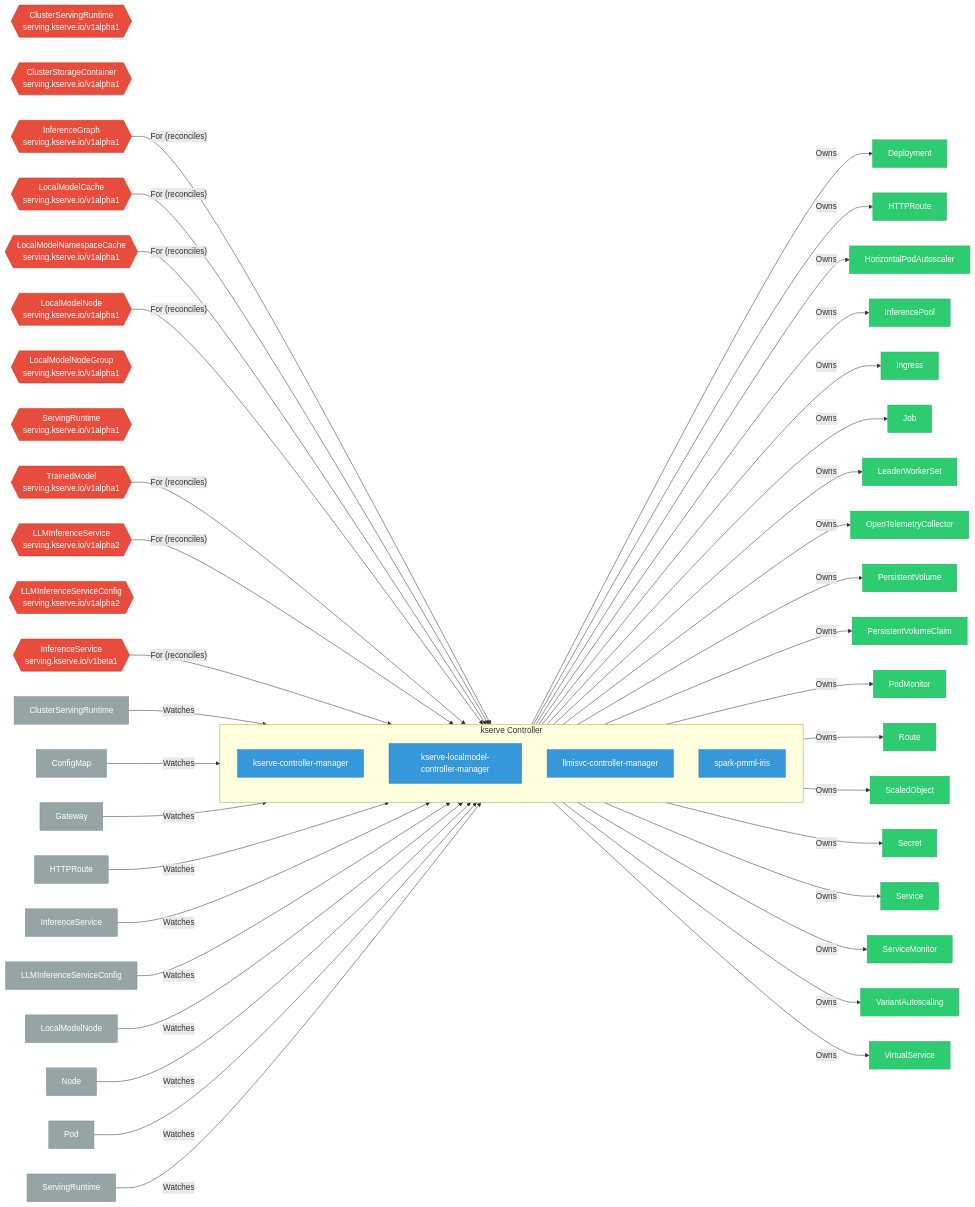
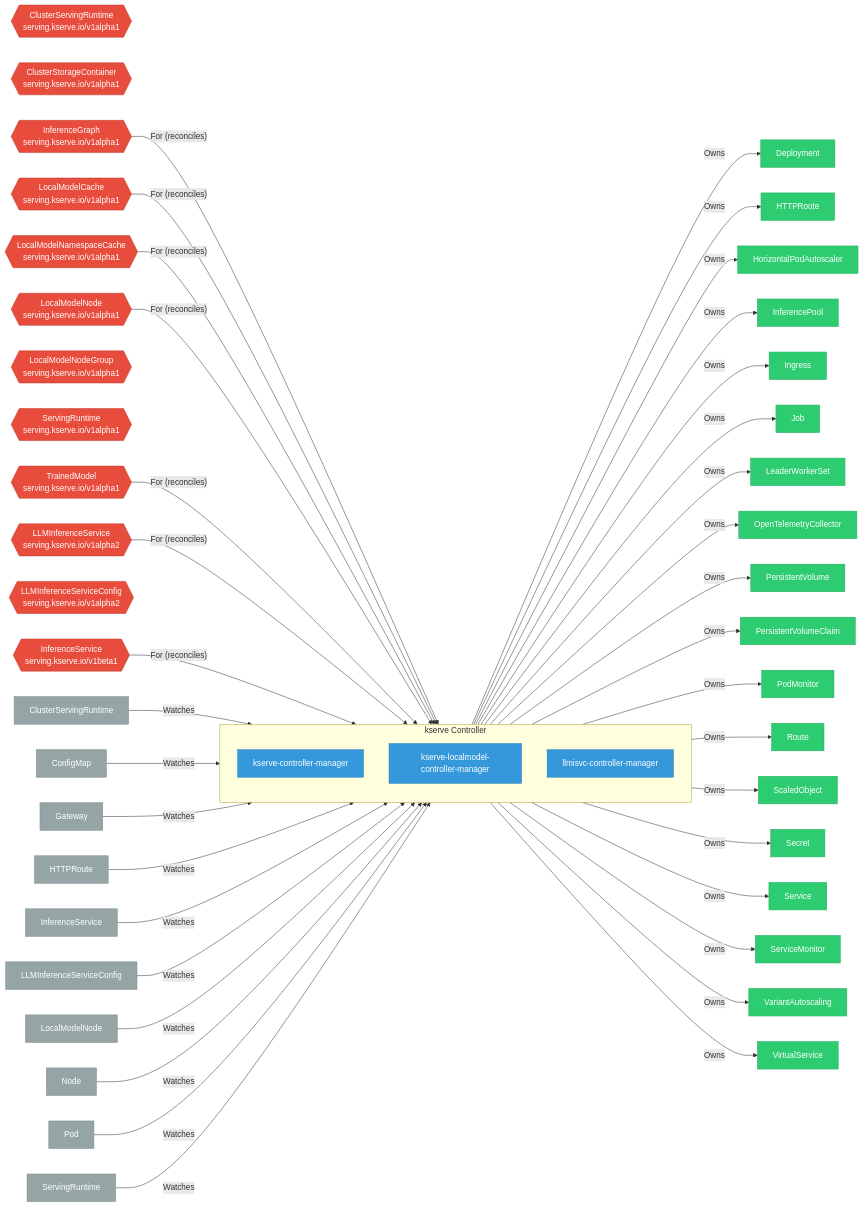
The diagram in site/docs/use-cases/rhoai-platform/components/kserve/index.md (ugiordan/rhoai-architecture-analyzer), drawn with Mermaid before and after one commit. The commit also changed other lines of this file and 52 other files, not shown here.

````diff
--- a/site/docs/use-cases/rhoai-platform/components/kserve/index.md
+++ b/site/docs/use-cases/rhoai-platform/components/kserve/index.md
@@ -36,8 +39,6 @@
         class dep_2 controller
         dep_3["llmisvc-controller-manager"]
         class dep_3 controller
-        dep_4["spark-pmml-iris"]
-        class dep_4 controller
     end
 
     crd_ClusterServingRuntime{{"ClusterServingRuntime\nserving.kserve.io/v1alpha1"}}
@@ -71,60 +72,60 @@
     crd_InferenceService{{"InferenceService\nserving.kserve.io/v1beta1"}}
     class crd_InferenceService crd
     crd_InferenceService -->|"For (reconciles)"| controller
-    controller -->|"Owns"| owned_5["Deployment"]
+    controller -->|"Owns"| owned_4["Deployment"]
+    class owned_4 owned
+    controller -->|"Owns"| owned_5["HTTPRoute"]
     class owned_5 owned
-    controller -->|"Owns"| owned_6["HTTPRoute"]
+    controller -->|"Owns"| owned_6["HorizontalPodAutoscaler"]
     class owned_6 owned
-    controller -->|"Owns"| owned_7["HorizontalPodAutoscaler"]
+    controller -->|"Owns"| owned_7["InferencePool"]
     class owned_7 owned
-    controller -->|"Owns"| owned_8["InferencePool"]
+    controller -->|"Owns"| owned_8["Ingress"]
     class owned_8 owned
-    controller -->|"Owns"| owned_9["Ingress"]
+    controller -->|"Owns"| owned_9["Job"]
     class owned_9 owned
-    controller -->|"Owns"| owned_10["Job"]
+    controller -->|"Owns"| owned_10["LeaderWorkerSet"]
     class owned_10 owned
-    controller -->|"Owns"| owned_11["LeaderWorkerSet"]
+    controller -->|"Owns"| owned_11["OpenTelemetryCollector"]
     class owned_11 owned
-    controller -->|"Owns"| owned_12["OpenTelemetryCollector"]
+    controller -->|"Owns"| owned_12["PersistentVolume"]
     class owned_12 owned
-    controller -->|"Owns"| owned_13["PersistentVolume"]
+    controller -->|"Owns"| owned_13["PersistentVolumeClaim"]
     class owned_13 owned
-    controller -->|"Owns"| owned_14["PersistentVolumeClaim"]
+    controller -->|"Owns"| owned_14["PodMonitor"]
     class owned_14 owned
-    controller -->|"Owns"| owned_15["PodMonitor"]
+    controller -->|"Owns"| owned_15["Route"]
     class owned_15 owned
-    controller -->|"Owns"| owned_16["Route"]
+    controller -->|"Owns"| owned_16["ScaledObject"]
     class owned_16 owned
-    controller -->|"Owns"| owned_17["ScaledObject"]
+    controller -->|"Owns"| owned_17["Secret"]
     class owned_17 owned
-    controller -->|"Owns"| owned_18["Secret"]
+    controller -->|"Owns"| owned_18["Service"]
     class owned_18 owned
-    controller -->|"Owns"| owned_19["Service"]
+    controller -->|"Owns"| owned_19["ServiceMonitor"]
     class owned_19 owned
-    controller -->|"Owns"| owned_20["ServiceMonitor"]
+    controller -->|"Owns"| owned_20["VariantAutoscaling"]
     class owned_20 owned
-    controller -->|"Owns"| owned_21["VariantAutoscaling"]
+    controller -->|"Owns"| owned_21["VirtualService"]
     class owned_21 owned
-    controller -->|"Owns"| owned_22["VirtualService"]
-    class owned_22 owned
-    watch_23["ClusterServingRuntime"] -->|"Watches"| controller
+    watch_22["ClusterServingRuntime"] -->|"Watches"| controller
+    class watch_22 external
+    watch_23["ConfigMap"] -->|"Watches"| controller
     class watch_23 external
-    watch_24["ConfigMap"] -->|"Watches"| controller
+    watch_24["Gateway"] -->|"Watches"| controller
     class watch_24 external
-    watch_25["Gateway"] -->|"Watches"| controller
+    watch_25["HTTPRoute"] -->|"Watches"| controller
     class watch_25 external
-    watch_26["HTTPRoute"] -->|"Watches"| controller
+    watch_26["InferenceService"] -->|"Watches"| controller
     class watch_26 external
-    watch_27["InferenceService"] -->|"Watches"| controller
+    watch_27["LLMInferenceServiceConfig"] -->|"Watches"| controller
     class watch_27 external
-    watch_28["LLMInferenceServiceConfig"] -->|"Watches"| controller
+    watch_28["LocalModelNode"] -->|"Watches"| controller
     class watch_28 external
-    watch_29["LocalModelNode"] -->|"Watches"| controller
+    watch_29["Node"] -->|"Watches"| controller
     class watch_29 external
-    watch_30["Node"] -->|"Watches"| controller
+    watch_30["Pod"] -->|"Watches"| controller
     class watch_30 external
-    watch_31["Pod"] -->|"Watches"| controller
+    watch_31["ServingRuntime"] -->|"Watches"| controller
     class watch_31 external
-    watch_32["ServingRuntime"] -->|"Watches"| controller
-    class watch_32 external
 ```
````
